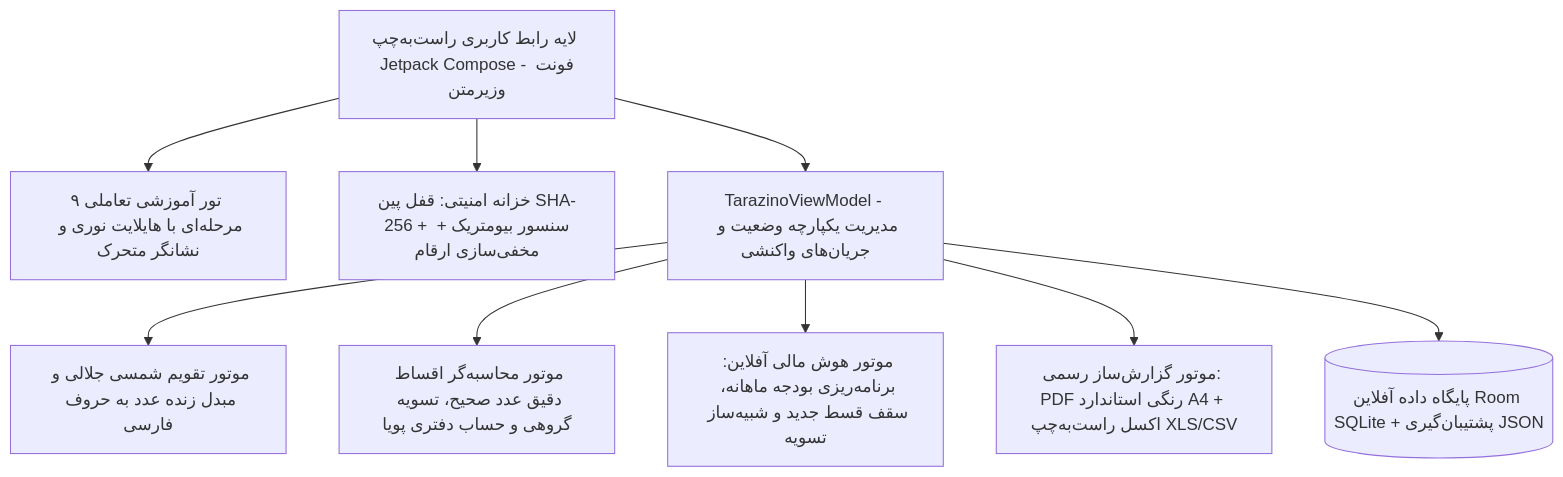
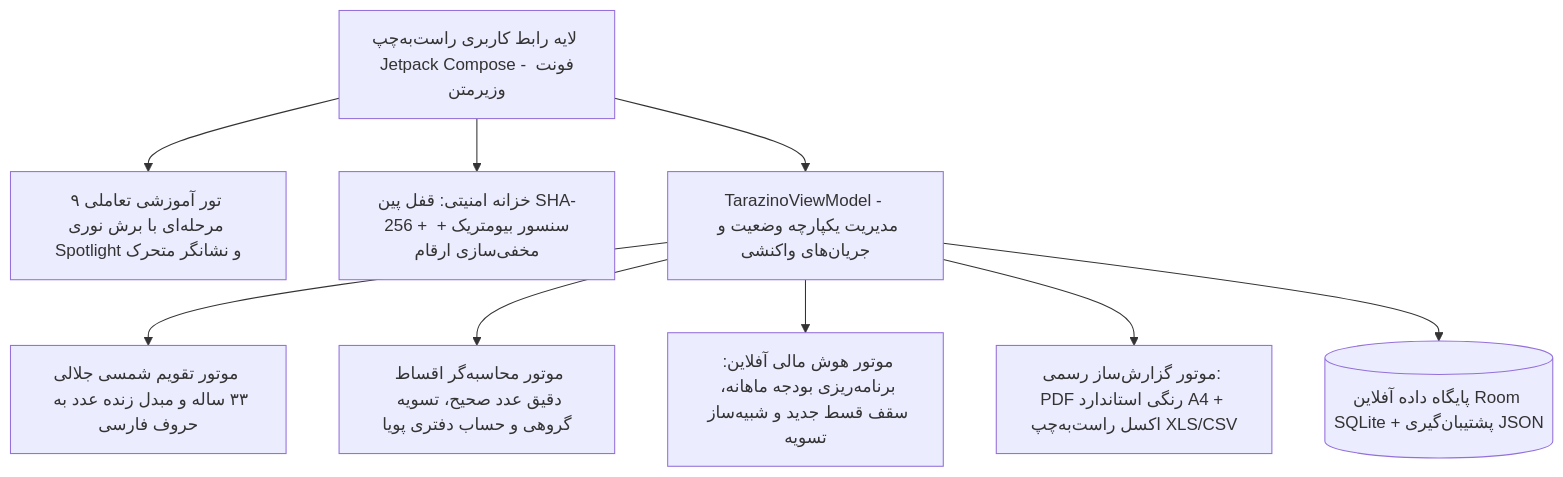
The diagram in README.md (Mahdias1383/Intelligent-Personal-Financial-Management-System), drawn with Mermaid before and after one commit. The commit also changed other lines of this file and 11 other files, not shown here.

````diff
--- a/README.md
+++ b/README.md
@@ -22,21 +150,21 @@
 ```mermaid
 graph TD
     UI[لایه رابط کاربری راست‌به‌چپ Jetpack Compose - فونت وزیرمتن]
-    TOUR[تور آموزشی تعاملی ۹ مرحله‌ای با هایلایت نوری و نشانگر متحرک]
+    TOUR[تور آموزشی تعاملی ۹ مرحله‌ای با برش نوری Spotlight و نشانگر متحرک]
     SEC[خزانه امنیتی: قفل پین SHA-256 + سنسور بیومتریک + مخفی‌سازی ارقام]
     VM[TarazinoViewModel - مدیریت یکپارچه وضعیت و جریان‌های واکنشی]
-    CAL[موتور تقویم شمسی جلالی و مبدل زنده عدد به حروف فارسی]
+    CAL[موتور تقویم شمسی جلالی ۳۳ ساله و مبدل زنده عدد به حروف فارسی]
     SCHED[موتور محاسبه‌گر اقساط دقیق عدد صحیح، تسویه گروهی و حساب دفتری پویا]
     INTEL[موتور هوش مالی آفلاین: برنامه‌ریزی بودجه ماهانه، سقف قسط جدید و شبیه‌ساز تسویه]
     EXP[موتور گزارش‌ساز رسمی: PDF رنگی استاندارد A4 + اکسل راست‌به‌چپ XLS/CSV]
     DB[(پایگاه داده آفلاین Room SQLite + پشتیبان‌گیری JSON)]
 
     UI --> TOUR
     UI --> SEC
     UI --> VM
     VM --> CAL
     VM --> SCHED
     VM --> INTEL
     VM --> EXP
     VM --> DB
 ```
````
